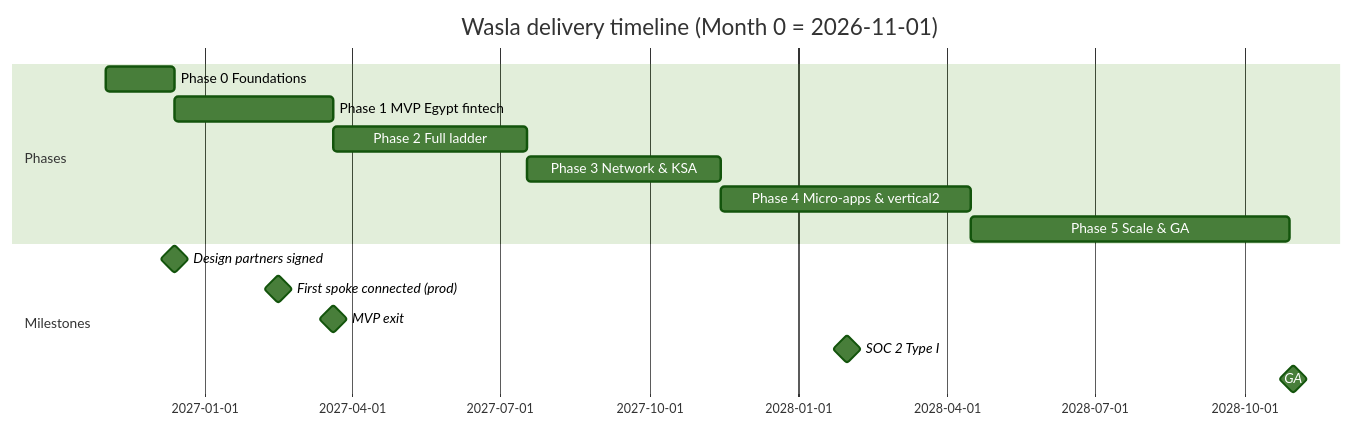
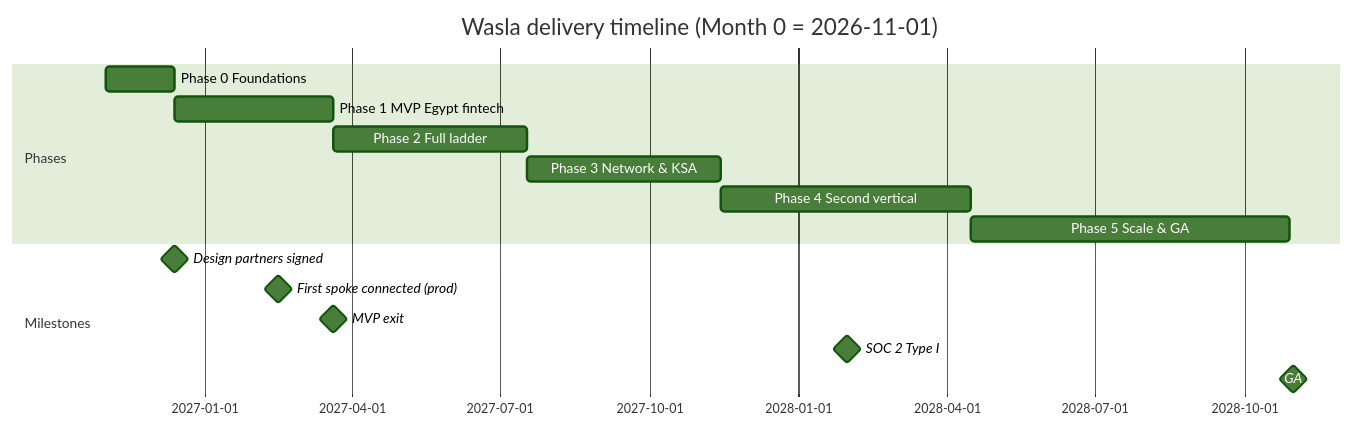
One commit to khaledibrahim1015/repo-evalv2 changed the diagram in integration/prd/04-delivery-plan.md. Above: the diagram before and after it, drawn with Mermaid (forest theme). The commit also changed other lines of this file and 3 other files, not shown here.

````diff
--- a/integration/prd/04-delivery-plan.md
+++ b/integration/prd/04-delivery-plan.md
@@ -18,18 +18,18 @@
 ```mermaid
 gantt
   dateFormat  YYYY-MM-DD
   title Wasla delivery timeline (Month 0 = 2026-11-01)
   section Phases
   Phase 0 Foundations           :p0, 2026-11-01, 6w
   Phase 1 MVP Egypt fintech     :p1, after p0, 14w
   Phase 2 Full ladder           :p2, after p1, 17w
   Phase 3 Network & KSA         :p3, after p2, 17w
-  Phase 4 Micro-apps & vertical2:p4, after p3, 22w
+  Phase 4 Second vertical      :p4, after p3, 22w
   Phase 5 Scale & GA            :p5, after p4, 28w
   section Milestones
   Design partners signed        :milestone, m0, 2026-12-13, 0d
   First spoke connected (prod)  :milestone, m1, 2027-02-15, 0d
   MVP exit                      :milestone, m2, 2027-03-21, 0d
   SOC 2 Type I                  :milestone, m3, 2028-01-31, 0d
   GA                            :milestone, m4, 2028-10-31, 0d
 ```
````
